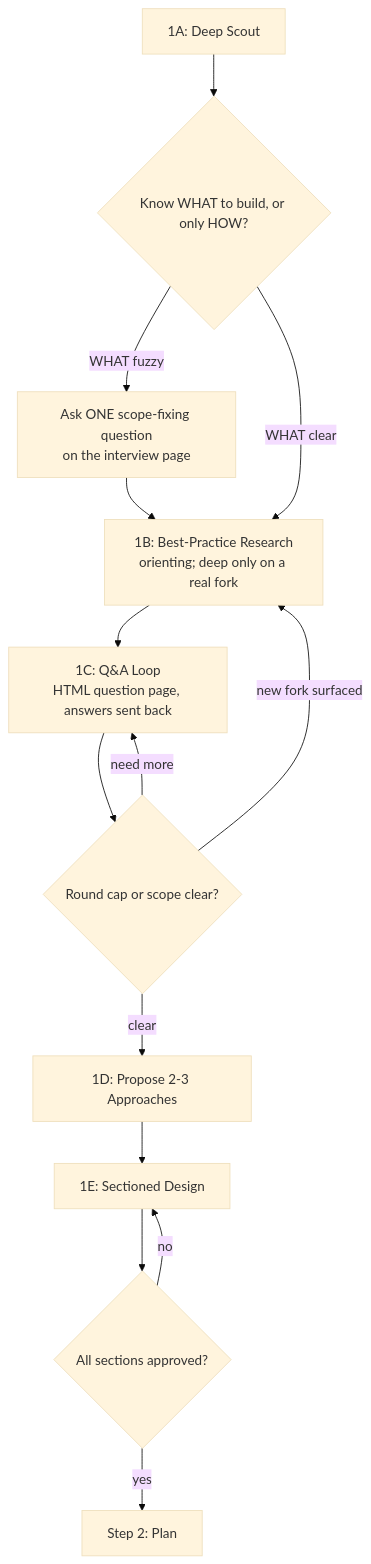
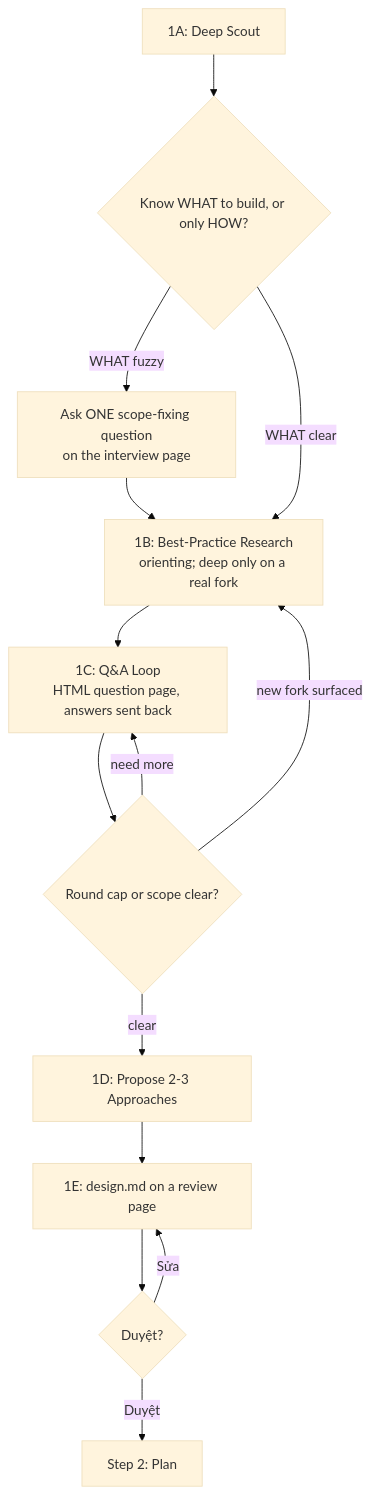
The diagram in skills/cook/references/design-phase.md (dphong1995/skills), drawn with Mermaid (base theme) before and after one commit. The commit also changed other lines of this file and 3 other files, not shown here.

Commit message:
Drop the sectioned-design step from brainstorm-pro and cook

````diff
--- a/skills/cook/references/design-phase.md
+++ b/skills/cook/references/design-phase.md
@@ -45,15 +45,15 @@
 ```mermaid
 flowchart TD
     A[1A: Deep Scout] --> W{Know WHAT to build, or only HOW?}
     W -->|WHAT fuzzy| Q0[Ask ONE scope-fixing question<br/>on the interview page] --> R
     W -->|WHAT clear| R[1B: Best-Practice Research<br/>orienting; deep only on a real fork]
     R --> B[1C: Q&A Loop<br/>HTML question page, answers sent back]
     B --> C{Round cap or scope clear?}
     C -->|need more| B
     C -->|new fork surfaced| R
     C -->|clear| D[1D: Propose 2-3 Approaches]
-    D --> E[1E: Sectioned Design]
-    E --> F{All sections approved?}
-    F -->|no| E
-    F -->|yes| G[Step 2: Plan]
+    D --> E[1E: design.md on a review page]
+    E --> F{Duyệt?}
+    F -->|Sửa| E
+    F -->|Duyệt| G[Step 2: Plan]
 ```
````
